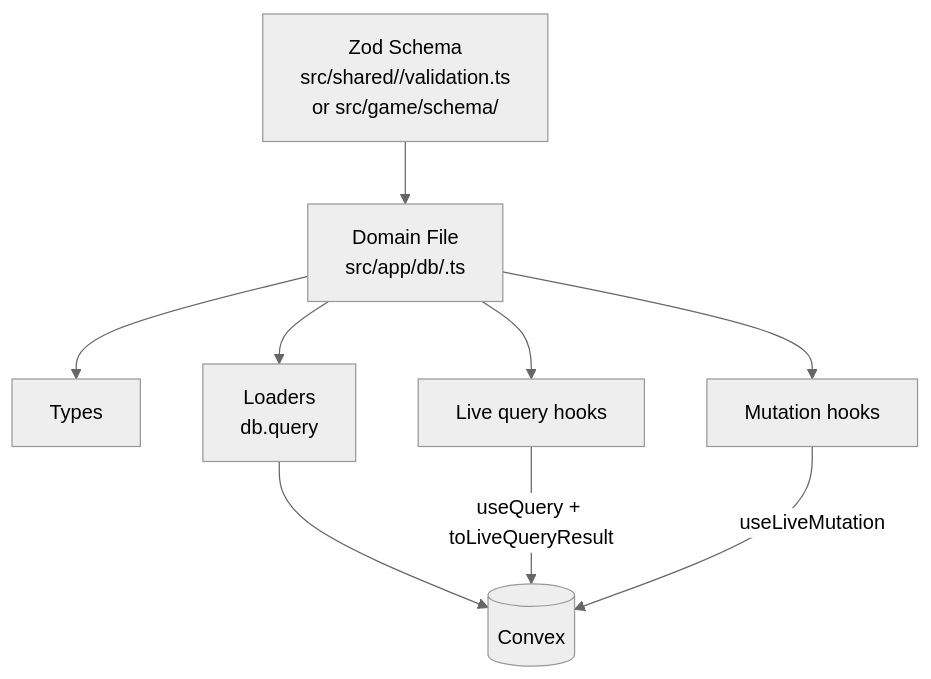
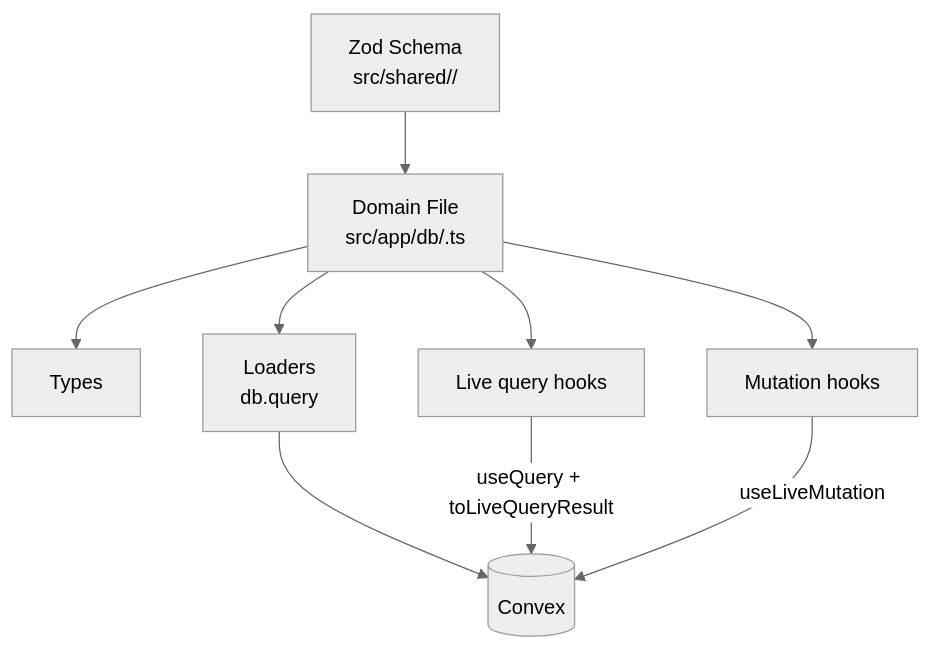
Before and after one commit to ndelangen/dunezone: the diagram in docs/data-layer.md, drawn with Mermaid (neutral theme). The commit also changed other lines of this file and 74 other files, not shown here.

````diff
--- a/docs/data-layer.md
+++ b/docs/data-layer.md
@@ -5,11 +5,11 @@
 ```mermaid
 flowchart TD
-    Schema[Zod Schema<br/>src/shared/<domain>/validation.ts<br/>or src/game/schema/] --> DomainFile[Domain File<br/>src/app/db/<domain>.ts]
+    Schema[Zod Schema<br/>src/shared/<domain>/] --> DomainFile[Domain File<br/>src/app/db/<domain>.ts]
     DomainFile --> Types[Types]
     DomainFile --> Loaders[Loaders<br/>db.query]
     DomainFile --> Queries[Live query hooks]
     DomainFile --> Mutations[Mutation hooks]
     Loaders --> Convex[(Convex)]
     Queries -->|useQuery + toLiveQueryResult| Convex
     Mutations -->|useLiveMutation| Convex
 ```
````
